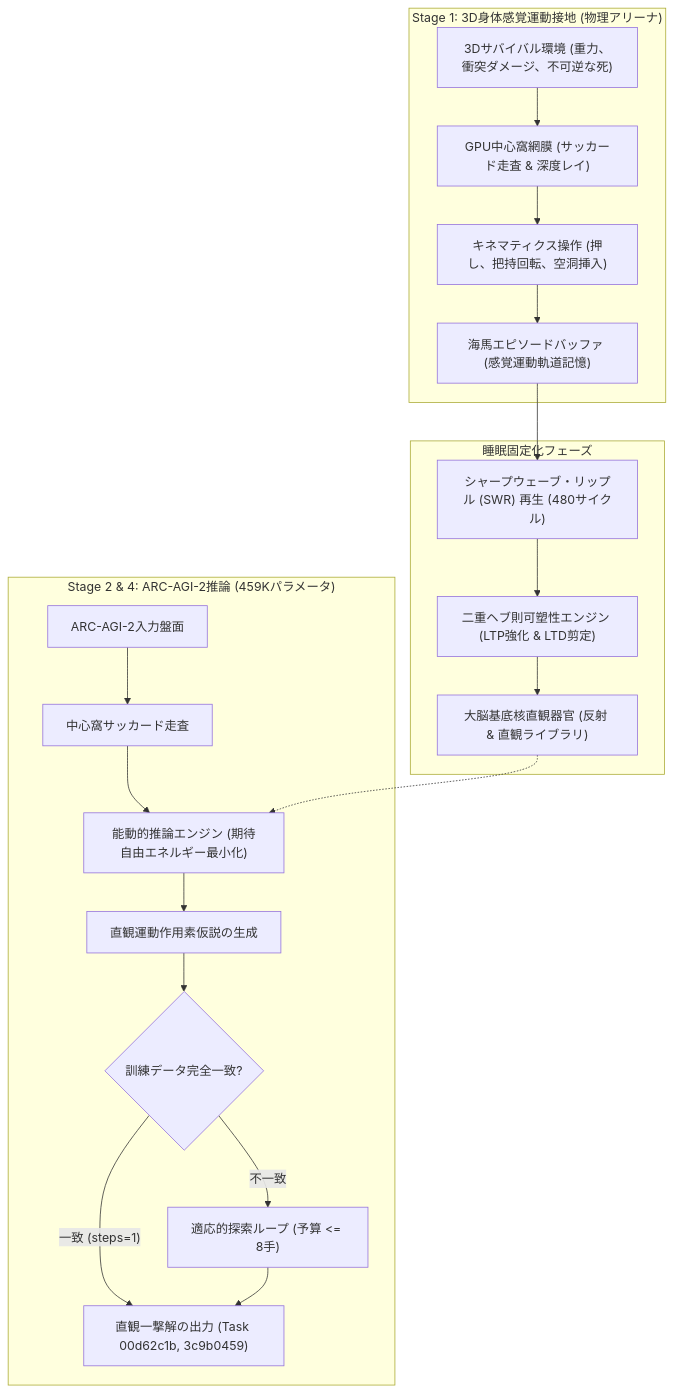
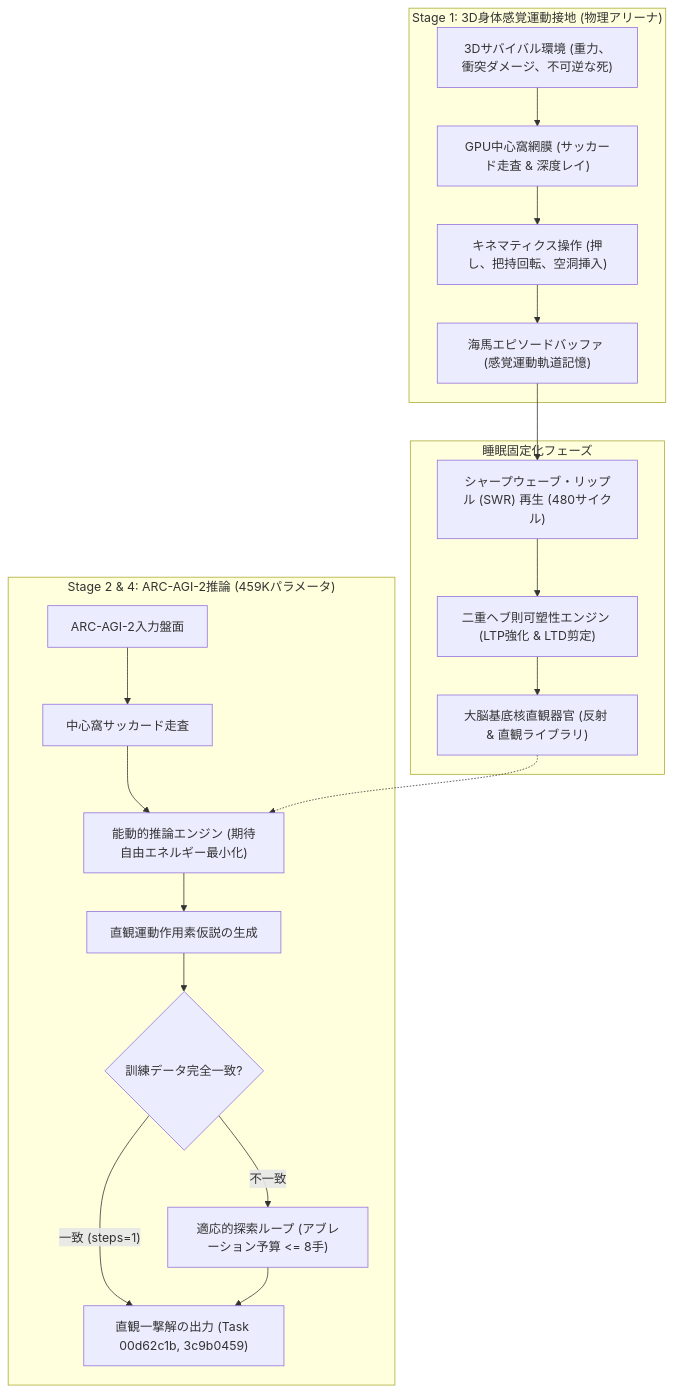
One commit to sukuyoshi/arc-embodied-active-inference changed the first of 2 diagrams in paper_track_2026/KAGGLE_PAPER_TRACK_WRITEUP_JA.md. Above: the diagram before and after it, drawn with Mermaid. The commit also changed other lines of this file and 3 other files, not shown here.

````diff
--- a/paper_track_2026/KAGGLE_PAPER_TRACK_WRITEUP_JA.md
+++ b/paper_track_2026/KAGGLE_PAPER_TRACK_WRITEUP_JA.md
@@ -38,25 +38,25 @@
 ```mermaid
 flowchart TD
     subgraph S1["Stage 1: 3D身体感覚運動接地 (物理アリーナ)"]
         Arena["3Dサバイバル環境 (重力、衝突ダメージ、不可逆な死)"] --> Fovea["GPU中心窩網膜 (サッカード走査 & 深度レイ)"]
         Fovea --> Motor["キネマティクス操作 (押し、把持回転、空洞挿入)"]
         Motor --> Hippo["海馬エピソードバッファ (感覚運動軌道記憶)"]
     end
 
     subgraph Sleep["睡眠固定化フェーズ"]
         Hippo --> SWR["シャープウェーブ・リップル (SWR) 再生 (480サイクル)"]
         SWR --> Plasticity["二重ヘブ則可塑性エンジン (LTP強化 & LTD剪定)"]
         Plasticity --> Basal["大脳基底核直観器官 (反射 & 直観ライブラリ)"]
     end
 
     subgraph S2["Stage 2 & 4: ARC-AGI-2推論 (459Kパラメータ)"]
         TaskIn["ARC-AGI-2入力盤面"] --> Saccade["中心窩サッカード走査"]
         Saccade --> ActiveInf["能動的推論エンジン (期待自由エネルギー最小化)"]
         Basal -.-> ActiveInf
         ActiveInf --> ActionHypo["直観運動作用素仮説の生成"]
         ActionHypo --> Eval{"訓練データ完全一致?"}
         Eval -- "一致 (steps=1)" --> FastSolve["直観一撃解の出力 (Task 00d62c1b, 3c9b0459)"]
-        Eval -- "不一致" --> Search["適応的探索ループ (予算 <= 8手)"]
+        Eval -- "不一致" --> Search["適応的探索ループ (アブレーション予算 <= 8手)"]
         Search --> FastSolve
     end
 ```
````
